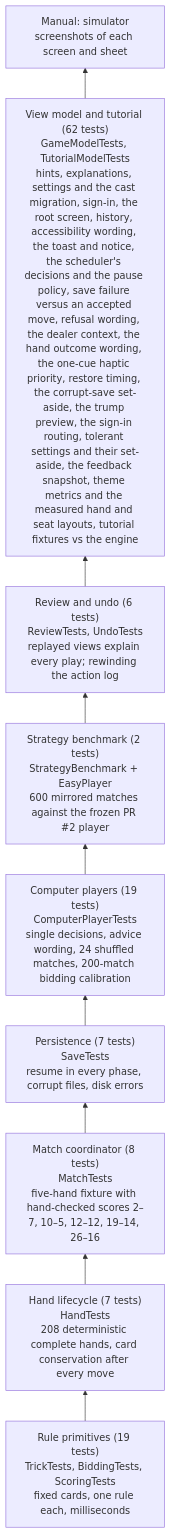
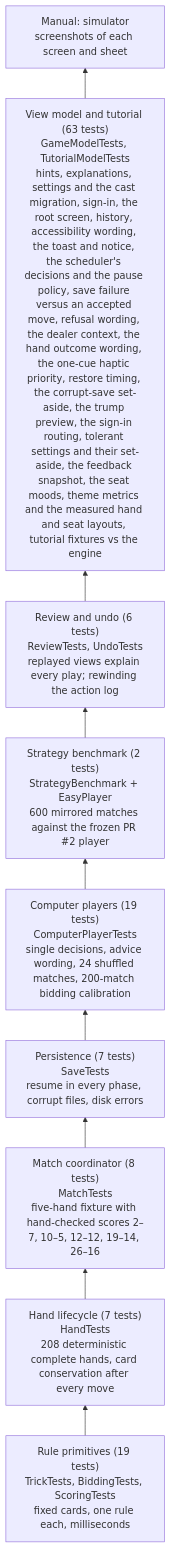
Before and after one commit to cmurphy1140/catch-5: the first of 2 diagrams in docs/testing.md, drawn with Mermaid. The commit also changed other lines of this file and 9 other files, not shown here.

````diff
--- a/docs/testing.md
+++ b/docs/testing.md
@@ -40,13 +40,13 @@
 ```mermaid
 flowchart BT
     L1["Rule primitives (19 tests)<br/>TrickTests, BiddingTests, ScoringTests<br/>fixed cards, one rule each, milliseconds"]
     L2["Hand lifecycle (7 tests)<br/>HandTests<br/>208 deterministic complete hands, card conservation after every move"]
     L3["Match coordinator (8 tests)<br/>MatchTests<br/>five-hand fixture with hand-checked scores 2–7, 10–5, 12–12, 19–14, 26–16"]
     L4["Persistence (7 tests)<br/>SaveTests<br/>resume in every phase, corrupt files, disk errors"]
     L5["Computer players (19 tests)<br/>ComputerPlayerTests<br/>single decisions, advice wording, 24 shuffled matches, 200-match bidding calibration"]
     L5b["Strategy benchmark (2 tests)<br/>StrategyBenchmark + EasyPlayer<br/>600 mirrored matches against the frozen PR #2 player"]
     L5c["Review and undo (6 tests)<br/>ReviewTests, UndoTests<br/>replayed views explain every play; rewinding the action log"]
-    L6["View model and tutorial (62 tests)<br/>GameModelTests, TutorialModelTests<br/>hints, explanations, settings and the cast migration, sign-in, the root screen, history, accessibility wording, the toast and notice, the scheduler's decisions and the pause policy, save failure versus an accepted move, refusal wording, the dealer context, the hand outcome wording, the one-cue haptic priority, restore timing, the corrupt-save set-aside, the trump preview, the sign-in routing, tolerant settings and their set-aside, the feedback snapshot, theme metrics and the measured hand and seat layouts, tutorial fixtures vs the engine"]
+    L6["View model and tutorial (63 tests)<br/>GameModelTests, TutorialModelTests<br/>hints, explanations, settings and the cast migration, sign-in, the root screen, history, accessibility wording, the toast and notice, the scheduler's decisions and the pause policy, save failure versus an accepted move, refusal wording, the dealer context, the hand outcome wording, the one-cue haptic priority, restore timing, the corrupt-save set-aside, the trump preview, the sign-in routing, tolerant settings and their set-aside, the feedback snapshot, the seat moods, theme metrics and the measured hand and seat layouts, tutorial fixtures vs the engine"]
     L7["Manual: simulator<br/>screenshots of each screen and sheet"]
     L1 --> L2 --> L3 --> L4 --> L5 --> L5b --> L5c --> L6 --> L7
 ```
````
